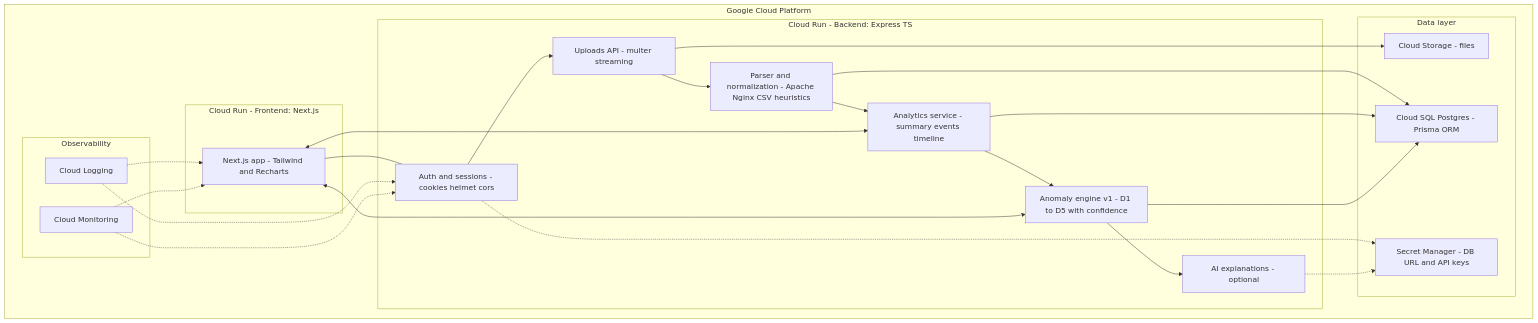
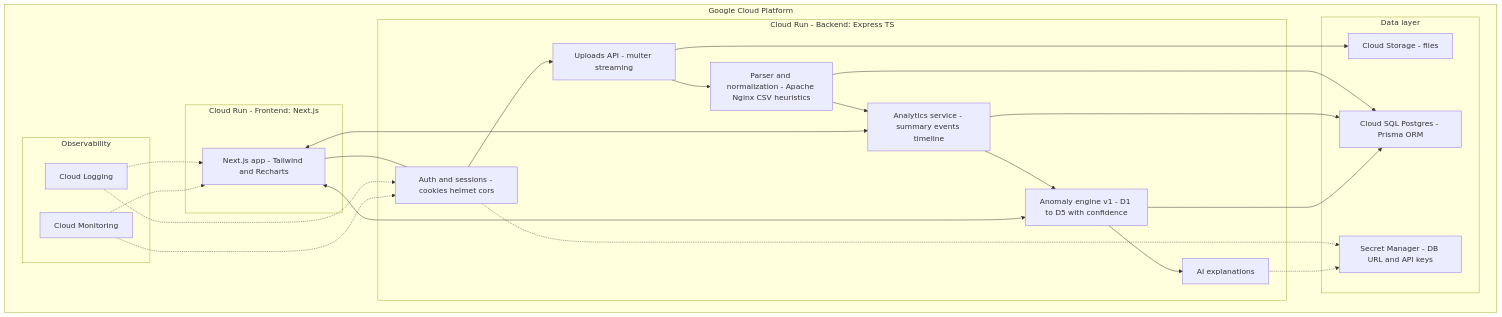
One commit to jinishshah00/logsleuth changed the diagram in README.md. Above: the diagram before and after it, drawn with Mermaid.

````diff
--- a/README.md
+++ b/README.md
@@ -108,55 +108,55 @@
 ```mermaid
 flowchart LR
   subgraph GCP["Google Cloud Platform"]
     direction LR
 
     %% Frontend
     subgraph FE["Cloud Run - Frontend: Next.js"]
       FE1["Next.js app - Tailwind and Recharts"]
     end
 
     %% Backend
     subgraph BE["Cloud Run - Backend: Express TS"]
       BE1["Auth and sessions - cookies helmet cors"]
       BE2["Uploads API - multer streaming"]
       BE3["Parser and normalization - Apache Nginx CSV heuristics"]
       BE4["Analytics service - summary events timeline"]
       BE5["Anomaly engine v1 - D1 to D5 with confidence"]
-      BE6["AI explanations - optional"]
+      BE6["AI explanations"]
     end
 
     %% Data layer
     subgraph DATA["Data layer"]
       SQL["Cloud SQL Postgres - Prisma ORM"]
       GCS["Cloud Storage - files"]
       SECRETS["Secret Manager - DB URL and API keys"]
     end
 
     %% Observability
     subgraph OBS["Observability"]
       LOGS["Cloud Logging"]
       MON["Cloud Monitoring"]
     end
   end
 
   %% Edges
   FE1 --- BE1
   BE1 --> BE2 --> BE3 --> BE4 --> BE5 --> BE6
 
   BE2 --> GCS
   BE3 --> SQL
   BE4 --> SQL
   BE5 --> SQL
 
   BE1 -.-> SECRETS
   BE6 -.-> SECRETS
 
   FE1 <--> BE4
   FE1 <--> BE5
 
   LOGS -.-> BE1
   LOGS -.-> FE1
   MON  -.-> BE1
   MON  -.-> FE1
 
 ```
````
